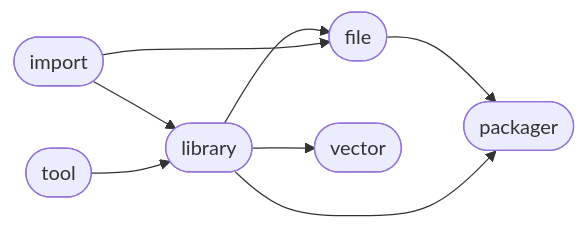
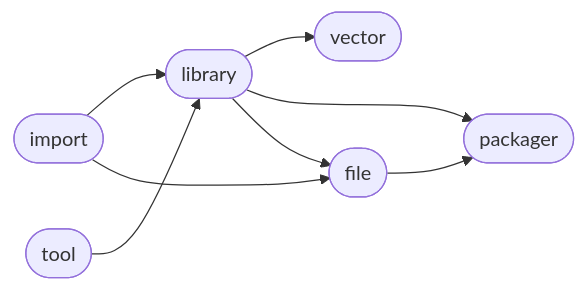
One commit to Mandera/Mandera changed the diagram in README.md. Above: the diagram before and after it, drawn with Mermaid. The commit also changed other lines of this file, not shown here.

````diff
--- a/README.md
+++ b/README.md
@@ -6,16 +6,16 @@
 ```mermaid
 flowchart LR
+0([import]) --> 2([library])
+0([import]) --> 3([file])
 2([library]) --> 4([vector])
-0([import]) --> 2([library])
+2([library]) --> 5([packager])
+1([tool]) --> 2([library])
+3([file]) --> 5([packager])
 2([library]) --> 3([file])
-3([file]) --> 5([packager])
-1([tool]) --> 2([library])
-0([import]) --> 3([file])
-2([library]) --> 5([packager])
 click 0 "https://github.com/ManderaGeneral/generalimport"
 click 1 "https://github.com/ManderaGeneral/generaltool"
 click 2 "https://github.com/ManderaGeneral/generallibrary"
 click 3 "https://github.com/ManderaGeneral/generalfile"
 click 4 "https://github.com/ManderaGeneral/generalvector"
 click 5 "https://github.com/ManderaGeneral/generalpackager"
 ```
````
